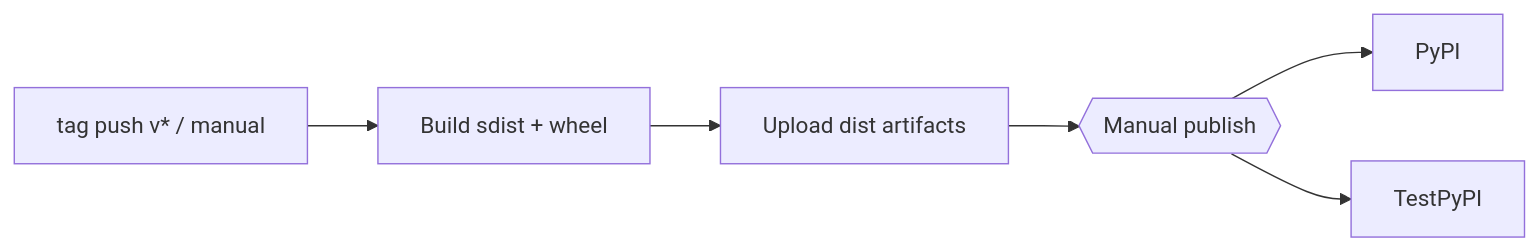
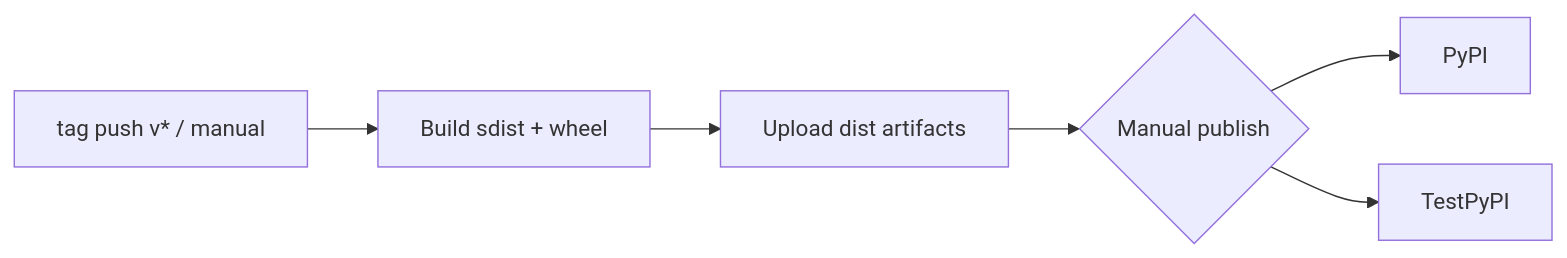
The second of 3 diagrams in docs/dev/ci-cd.md (cetincurio/linkedin-job-scraper), drawn with Mermaid before and after one commit. The commit also changed other lines of this file and 21 other files, not shown here.

````diff
--- a/docs/dev/ci-cd.md
+++ b/docs/dev/ci-cd.md
@@ -59,8 +59,8 @@
 ```mermaid
 flowchart LR
   R[tag push v* / manual] --> B[Build sdist + wheel]
   B --> A[Upload dist artifacts]
-  A --> P{{Manual publish}}
+  A --> P{Manual publish}
   P --> P1[PyPI]
   P --> P2[TestPyPI]
 ```
````
